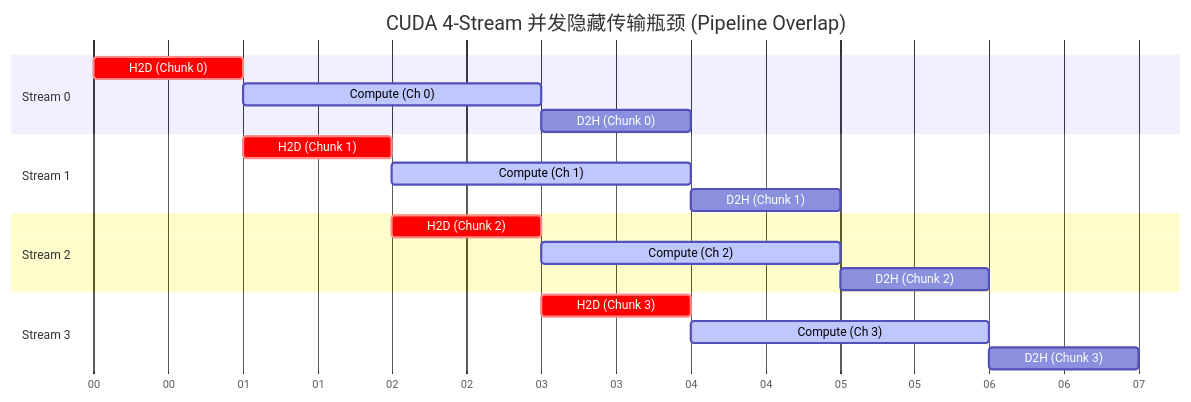
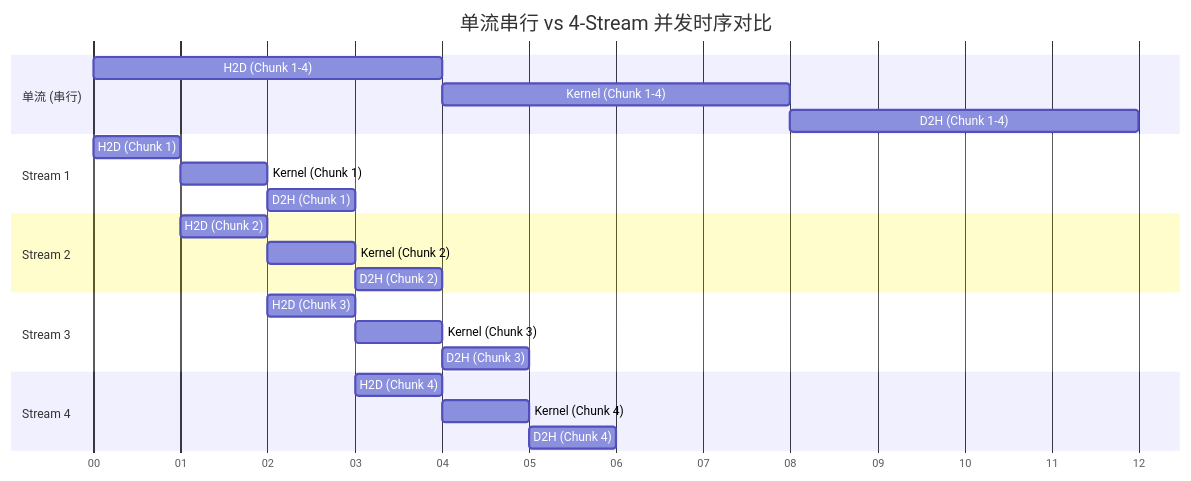
One commit to psmarter/CUDA-Practice changed the first of 2 diagrams in 08_Advanced/README.md. Above: the diagram before and after it, drawn with Mermaid. The commit also changed other lines of this file and 14 other files, not shown here.

````diff
--- a/08_Advanced/README.md
+++ b/08_Advanced/README.md
@@ -45,26 +39,31 @@
 ```mermaid
 gantt
-    title CUDA 4-Stream 并发隐藏传输瓶颈 (Pipeline Overlap)
     dateFormat  s
-    axisFormat  %S
+    title 单流串行 vs 4-Stream 并发时序对比
+    axisFormat %S
     
-    section Stream 0
-    H2D (Chunk 0)   :crit, s01, 0, 1s
-    Compute (Ch 0)  :active, s02, after s01, 2s
-    D2H (Chunk 0)   :s03, after s02, 1s
+    section 单流 (串行)
+    H2D (Chunk 1-4)     :a1, 0, 4s
+    Kernel (Chunk 1-4)  :a2, after a1, 4s
+    D2H (Chunk 1-4)     :a3, after a2, 4s
     
     section Stream 1
-    H2D (Chunk 1)   :crit, s11, after s01, 1s
-    Compute (Ch 1)  :active, s12, after s11, 2s
-    D2H (Chunk 1)   :s13, after s12, 1s
+    H2D (Chunk 1)       :b1, 0, 1s
+    Kernel (Chunk 1)    :b2, after b1, 1s
+    D2H (Chunk 1)       :b3, after b2, 1s
     
     section Stream 2
-    H2D (Chunk 2)   :crit, s21, after s11, 1s
-    Compute (Ch 2)  :active, s22, after s21, 2s
-    D2H (Chunk 2)   :s23, after s22, 1s
+    H2D (Chunk 2)       :c1, 1, 1s
+    Kernel (Chunk 2)    :c2, after c1, 1s
+    D2H (Chunk 2)       :c3, after c2, 1s
 
     section Stream 3
-    H2D (Chunk 3)   :crit, s31, after s21, 1s
-    Compute (Ch 3)  :active, s32, after s31, 2s
-    D2H (Chunk 3)   :s33, after s32, 1s
+    H2D (Chunk 3)       :d1, 2, 1s
+    Kernel (Chunk 3)    :d2, after d1, 1s
+    D2H (Chunk 3)       :d3, after d2, 1s
+
+    section Stream 4
+    H2D (Chunk 4)       :e1, 3, 1s
+    Kernel (Chunk 4)    :e2, after e1, 1s
+    D2H (Chunk 4)       :e3, after e2, 1s
 ```
````
